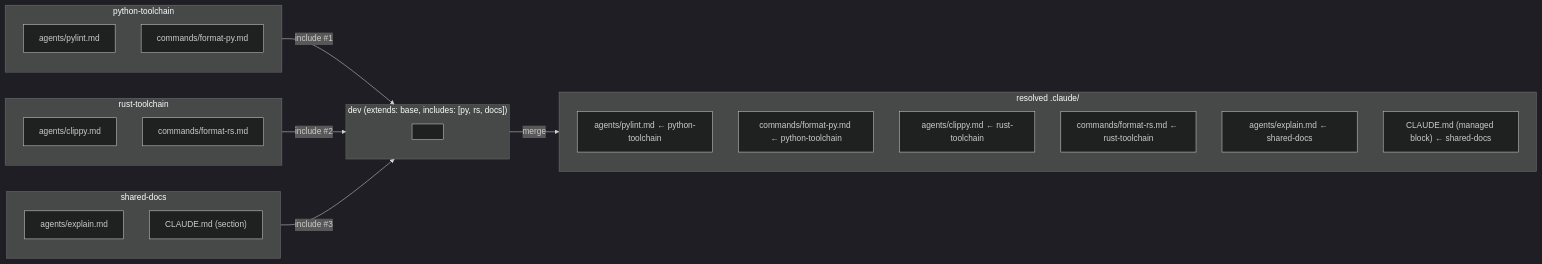
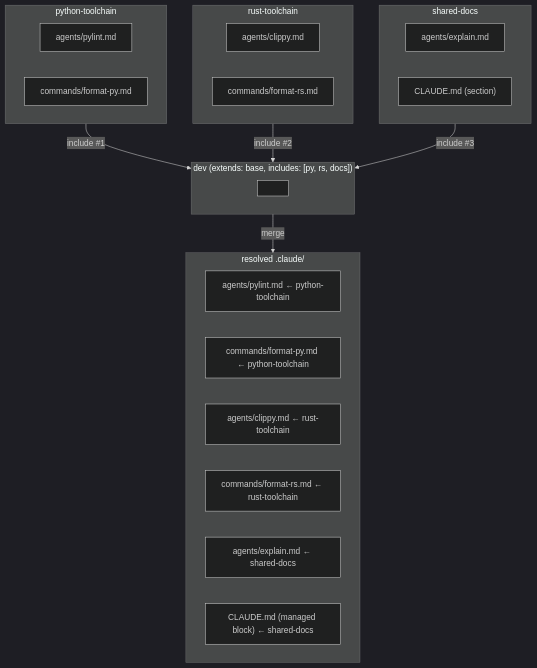
One commit to htxryan/claude-code-profiles changed the diagram in site/src/content/docs/docs/concepts/includes.md. Above: the diagram before and after it, drawn with Mermaid (dark theme). The commit also changed 4 other files, not shown here.

First line of the commit message:
fix(site): close P3 followups from E6 IV (CTA contrast, 404 collision, Mermaid polish)

````diff
--- a/site/src/content/docs/docs/concepts/includes.md
+++ b/site/src/content/docs/docs/concepts/includes.md
@@ -29,35 +29,35 @@
 ```mermaid
-flowchart LR
+flowchart TD
     subgraph py["python-toolchain"]
         py1["agents/pylint.md"]
         py2["commands/format-py.md"]
     end
 
     subgraph rs["rust-toolchain"]
         rs1["agents/clippy.md"]
         rs2["commands/format-rs.md"]
     end
 
     subgraph sd["shared-docs"]
         sd1["agents/explain.md"]
         sd2["CLAUDE.md (section)"]
     end
 
     subgraph dev["dev (extends: base, includes: [py, rs, docs])"]
         dx[" "]
     end
 
     subgraph resolved["resolved .claude/"]
         r1["agents/pylint.md ← python-toolchain"]
         r2["commands/format-py.md ← python-toolchain"]
         r3["agents/clippy.md ← rust-toolchain"]
         r4["commands/format-rs.md ← rust-toolchain"]
         r5["agents/explain.md ← shared-docs"]
         r6["CLAUDE.md (managed block) ← shared-docs"]
     end
 
     py -- "include #1" --> dev
     rs -- "include #2" --> dev
     sd -- "include #3" --> dev
     dev -- "merge" --> resolved
 ```
````
